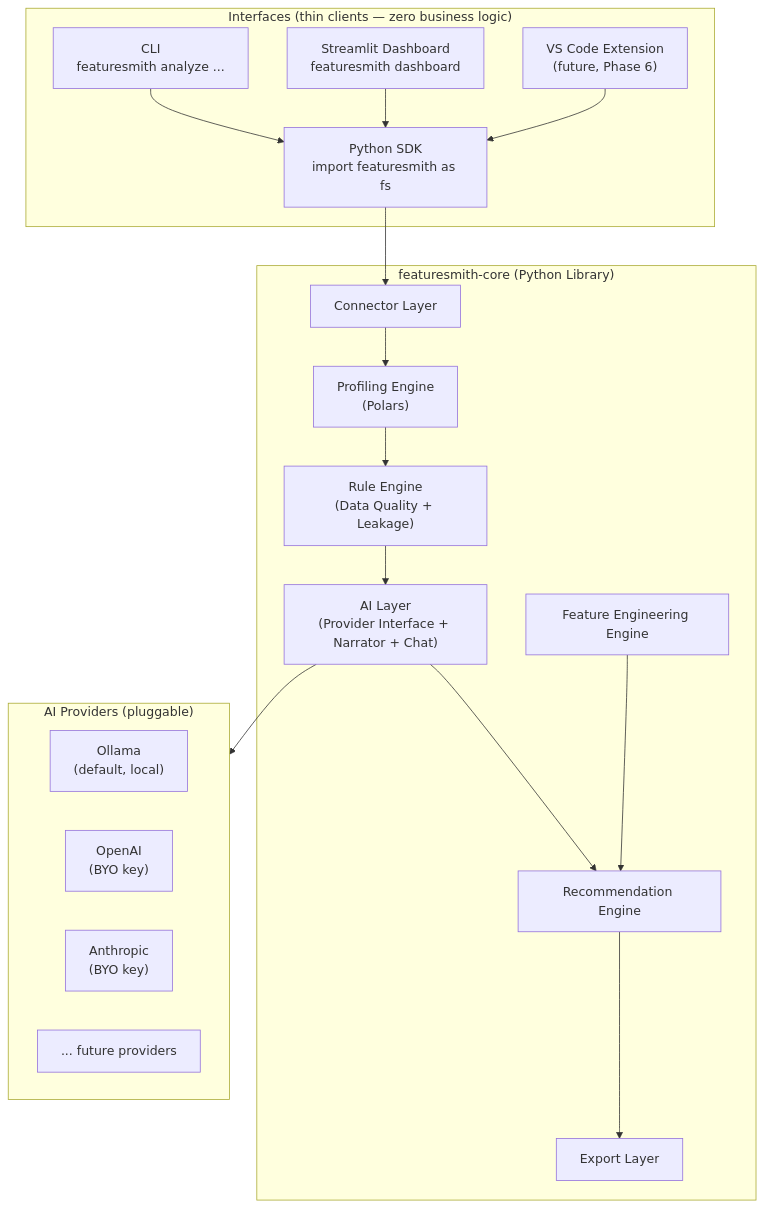
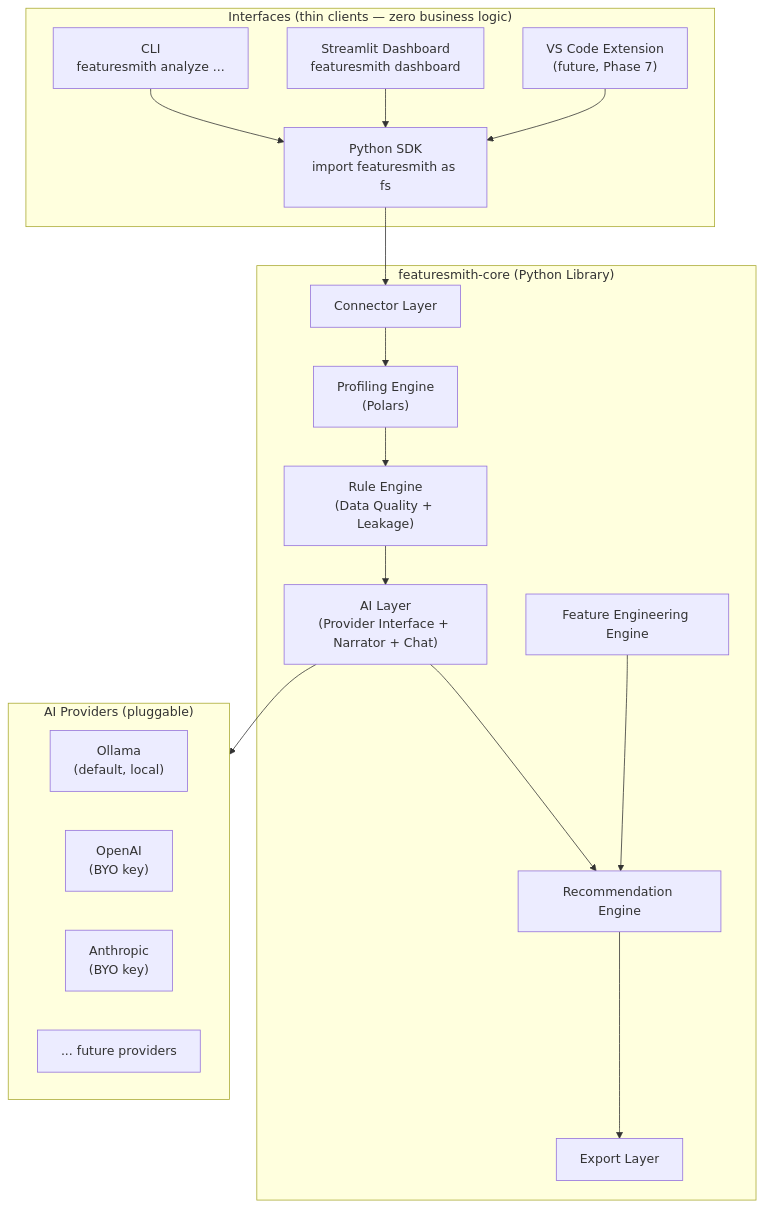
Before and after one commit to adityagangwani30/FeatureSmith: the first of 5 diagrams in docs/Architecture.md, drawn with Mermaid. The commit also changed other lines of this file and 30 other files, not shown here.

````diff
--- a/docs/Architecture.md
+++ b/docs/Architecture.md
@@ -15,35 +15,35 @@
 ```mermaid
 flowchart TB
     subgraph Surfaces["Interfaces (thin clients — zero business logic)"]
         SDK["Python SDK\nimport featuresmith as fs"]
         CLI["CLI\nfeaturesmith analyze ..."]
         DASH["Streamlit Dashboard\nfeaturesmith dashboard"]
-        VSC["VS Code Extension\n(future, Phase 6)"]
+        VSC["VS Code Extension\n(future, Phase 7)"]
     end
 
     subgraph Core["featuresmith-core (Python Library)"]
         CONN[Connector Layer]
         PROF["Profiling Engine\n(Polars)"]
         RULES["Rule Engine\n(Data Quality + Leakage)"]
         FEENG[Feature Engineering Engine]
         AI["AI Layer\n(Provider Interface + Narrator + Chat)"]
         REC[Recommendation Engine]
         EXPORT[Export Layer]
     end
 
     subgraph Providers["AI Providers (pluggable)"]
         OLLAMA["Ollama\n(default, local)"]
         OPENAI["OpenAI\n(BYO key)"]
         ANTH["Anthropic\n(BYO key)"]
         FUTURE["... future providers"]
     end
 
     SDK --> CONN
     CLI --> SDK
     DASH --> SDK
     VSC --> SDK
 
     CONN --> PROF --> RULES --> AI --> REC --> EXPORT
     FEENG --> REC
     AI --> Providers
 ```
````
